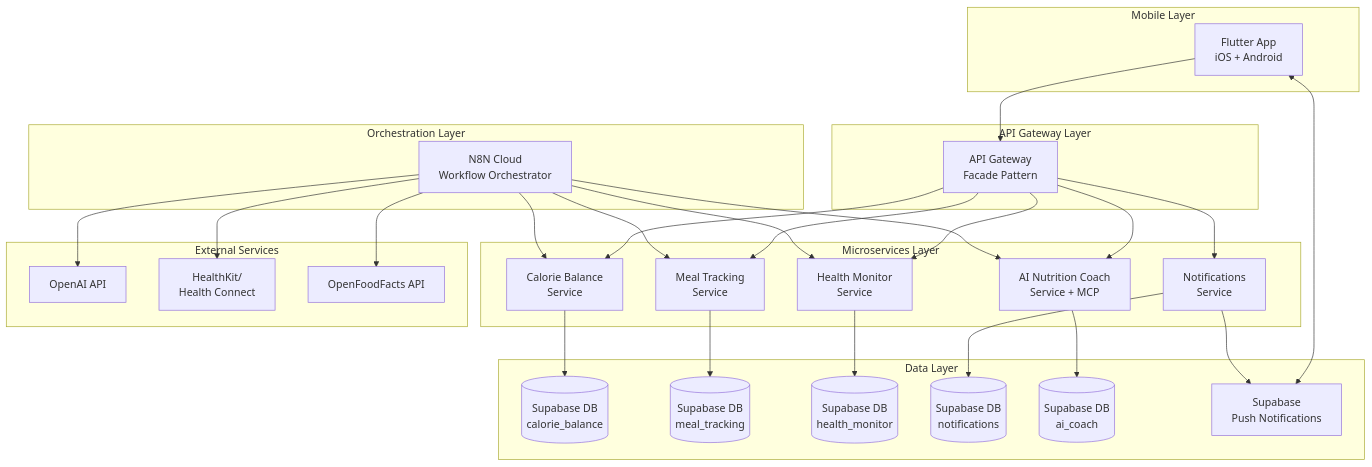
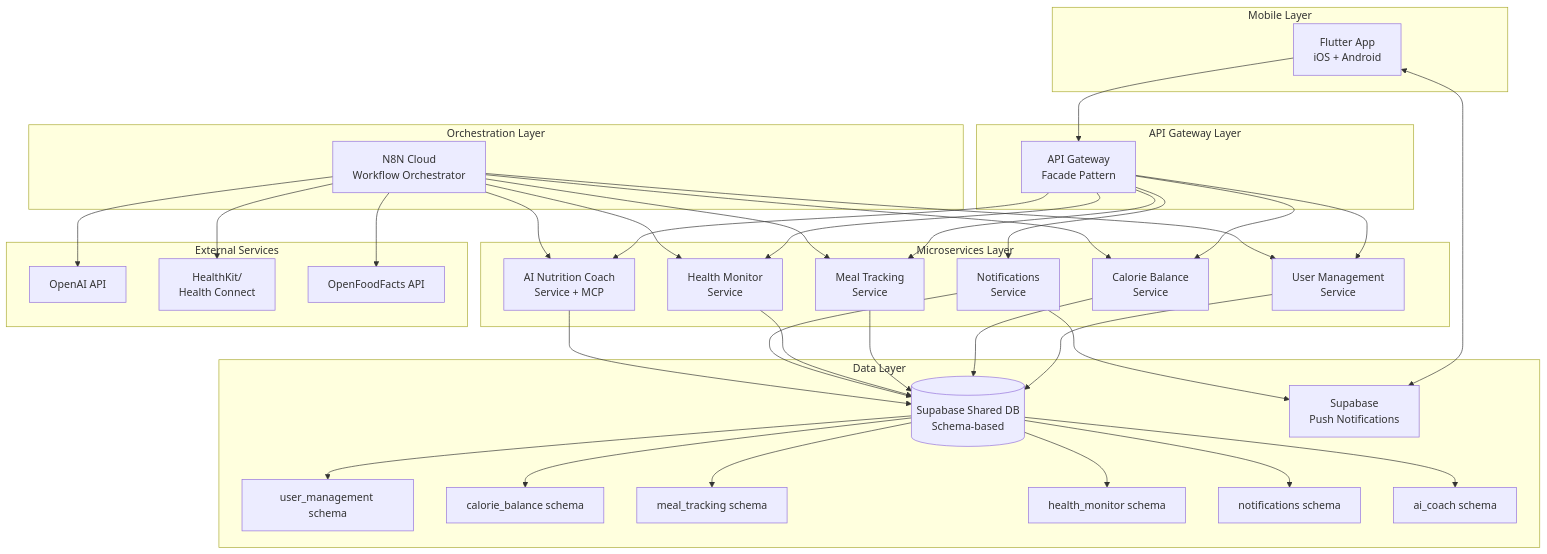
One commit to giamma80/gymbro-platform changed the diagram in docs/architettura.md. Above: the diagram before and after it, drawn with Mermaid. The commit also changed other lines of this file and 51 other files, not shown here.

````diff
--- a/docs/architettura.md
+++ b/docs/architettura.md
@@ -21,60 +21,73 @@
 ```mermaid
 graph TB
     subgraph "Mobile Layer"
         FLUTTER[Flutter App<br/>iOS + Android]
     end
     
     subgraph "API Gateway Layer"
         GATEWAY[API Gateway<br/>Facade Pattern]
     end
     
     subgraph "Orchestration Layer"  
         N8N[N8N Cloud<br/>Workflow Orchestrator]
     end
     
     subgraph "Microservices Layer"
+        UM[User Management<br/>Service]
         CB[Calorie Balance<br/>Service]
         MT[Meal Tracking<br/>Service] 
         HM[Health Monitor<br/>Service]
         NS[Notifications<br/>Service]
         AI[AI Nutrition Coach<br/>Service + MCP]
     end
     
     subgraph "Data Layer"
-        DB1[(Supabase DB<br/>calorie_balance)]
-        DB2[(Supabase DB<br/>meal_tracking)]
-        DB3[(Supabase DB<br/>health_monitor)]
-        DB4[(Supabase DB<br/>notifications)]
-        DB5[(Supabase DB<br/>ai_coach)]
+        DBS[(Supabase Shared DB<br/>Schema-based)]
+        DB_UM[user_management schema]
+        DB_CB[calorie_balance schema]
+        DB_MT[meal_tracking schema]
+        DB_HM[health_monitor schema]
+        DB_NS[notifications schema]
+        DB_AI[ai_coach schema]
         PUSH[Supabase<br/>Push Notifications]
     end
     
     subgraph "External Services"
         OPENAI[OpenAI API]
         HEALTHKIT[HealthKit/<br/>Health Connect]
         OFF[OpenFoodFacts API]
     end
     
     FLUTTER --> GATEWAY
     FLUTTER <--> PUSH
+    GATEWAY --> UM
     GATEWAY --> CB
     GATEWAY --> MT
     GATEWAY --> HM
     GATEWAY --> NS
     GATEWAY --> AI
     
+    N8N --> UM
     N8N --> CB
     N8N --> MT
     N8N --> HM
     N8N --> AI
     N8N --> OPENAI
     N8N --> OFF
     N8N --> HEALTHKIT
     
-    CB --> DB1
-    MT --> DB2
-    HM --> DB3
-    NS --> DB4
-    AI --> DB5
+    UM --> DBS
+    CB --> DBS
+    MT --> DBS
+    HM --> DBS
+    NS --> DBS
+    AI --> DBS
     NS --> PUSH
+    
+    DBS --> DB_UM
+    DBS --> DB_CB
+    DBS --> DB_MT
+    DBS --> DB_HM
+    DBS --> DB_NS
+    DBS --> DB_AI
 ```
````
